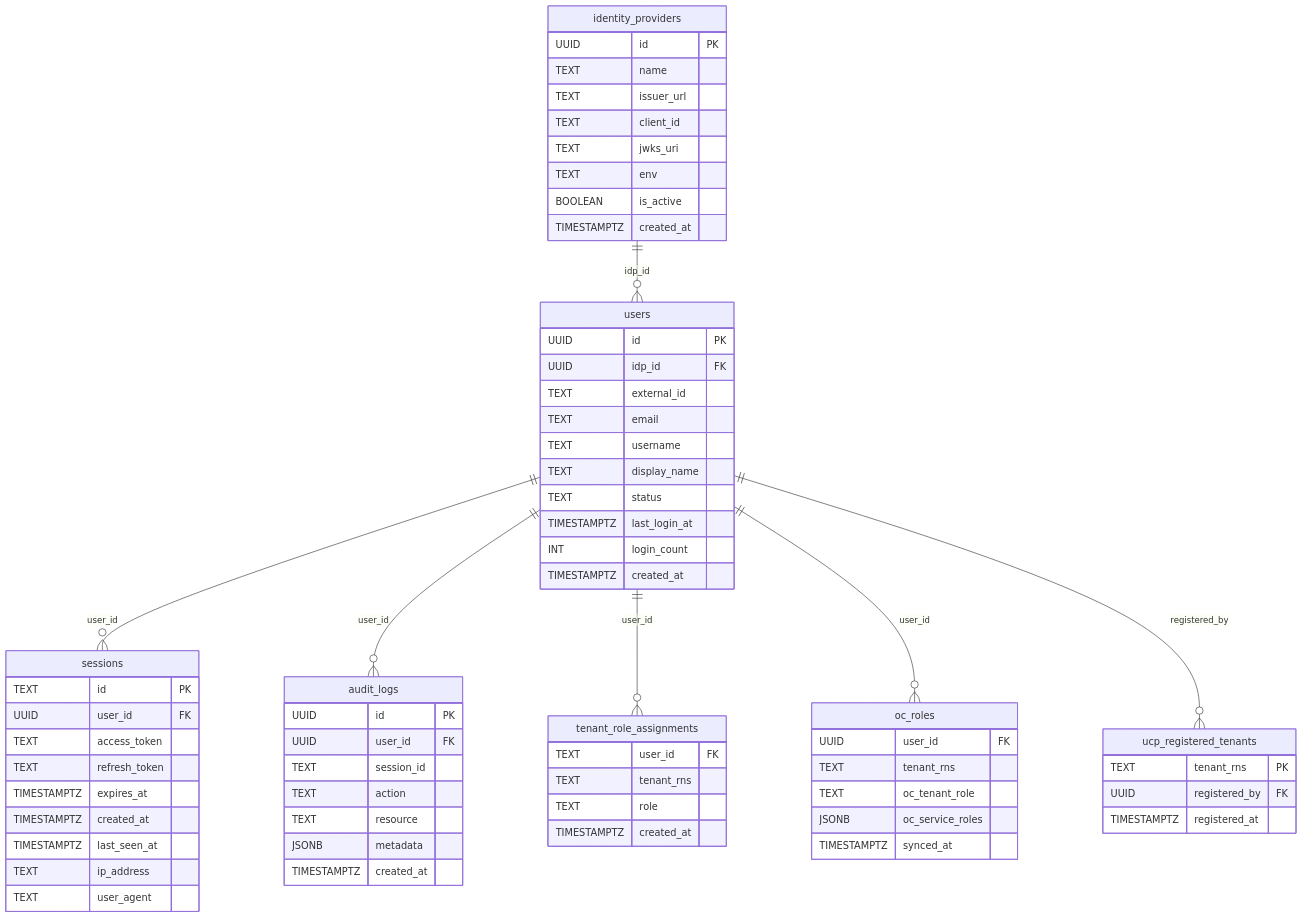
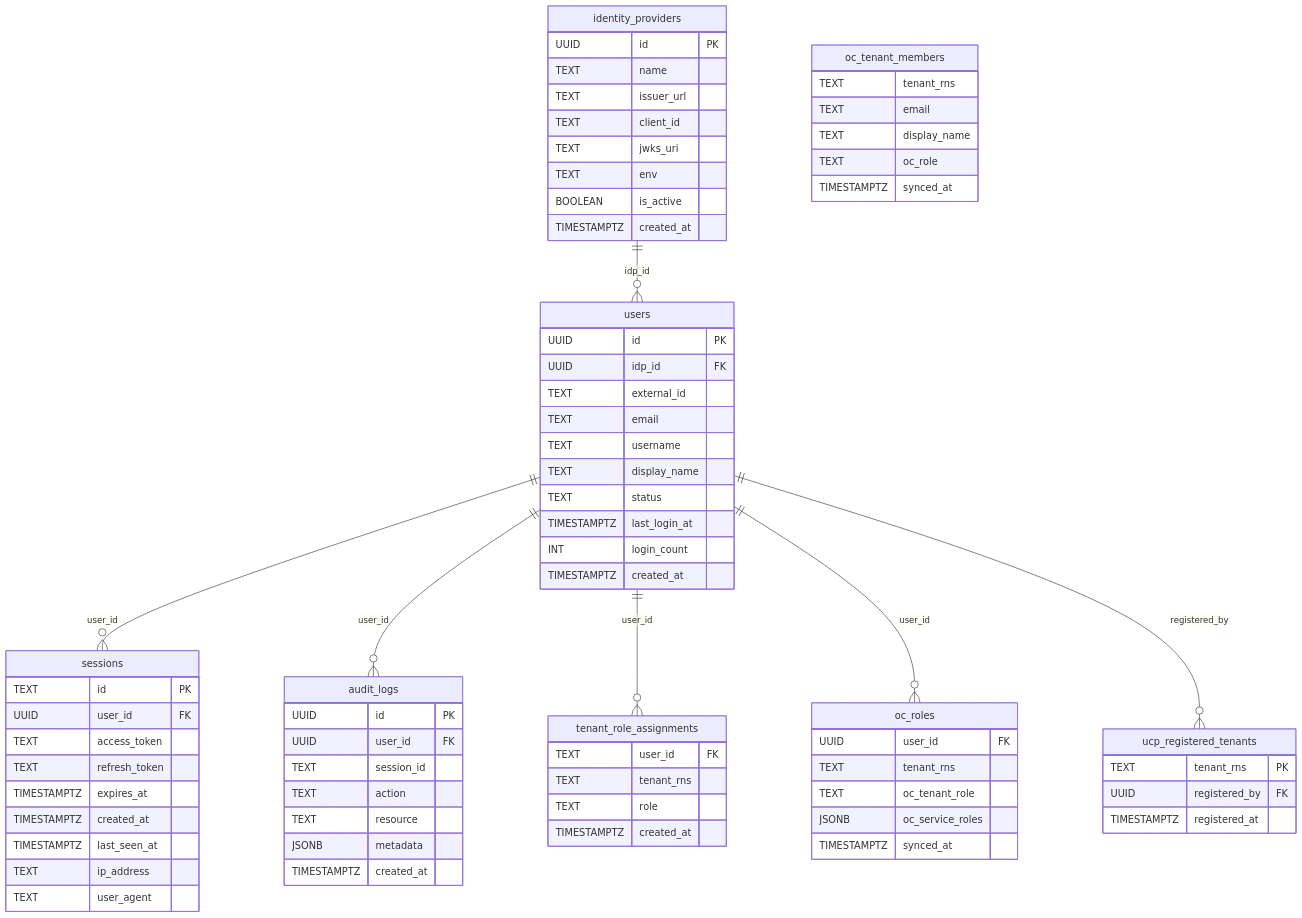
One commit to aripermana-putra/ucp-docs-collection changed the diagram in docs/projects/universal-control-plane-ucp/pocs/rbac/ucp-rbac-design.md. Above: the diagram before and after it, drawn with Mermaid. The commit also changed other lines of this file and 1 other file, not shown here.

First line of the commit message:
MCUCP-191: Update docs — oc_tenant_members, sync redesign, self-revoke, new OQ

```diff
--- a/docs/projects/universal-control-plane-ucp/pocs/rbac/ucp-rbac-design.md
+++ b/docs/projects/universal-control-plane-ucp/pocs/rbac/ucp-rbac-design.md
@@ -183,6 +183,14 @@
         TIMESTAMPTZ registered_at
     }
 
+    oc_tenant_members {
+        TEXT tenant_rns
+        TEXT email
+        TEXT display_name
+        TEXT oc_role
+        TIMESTAMPTZ synced_at
+    }
+
     identity_providers ||--o{ users : "idp_id"
     users ||--o{ sessions : "user_id"
     users ||--o{ audit_logs : "user_id"
```
